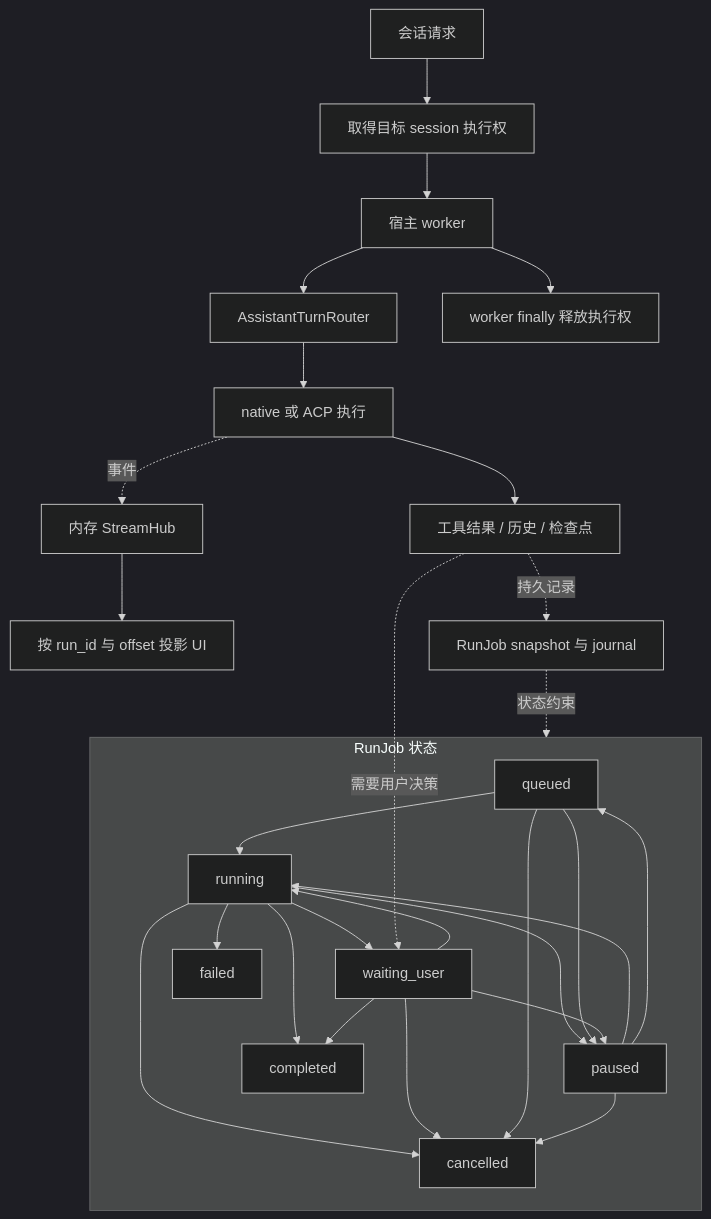
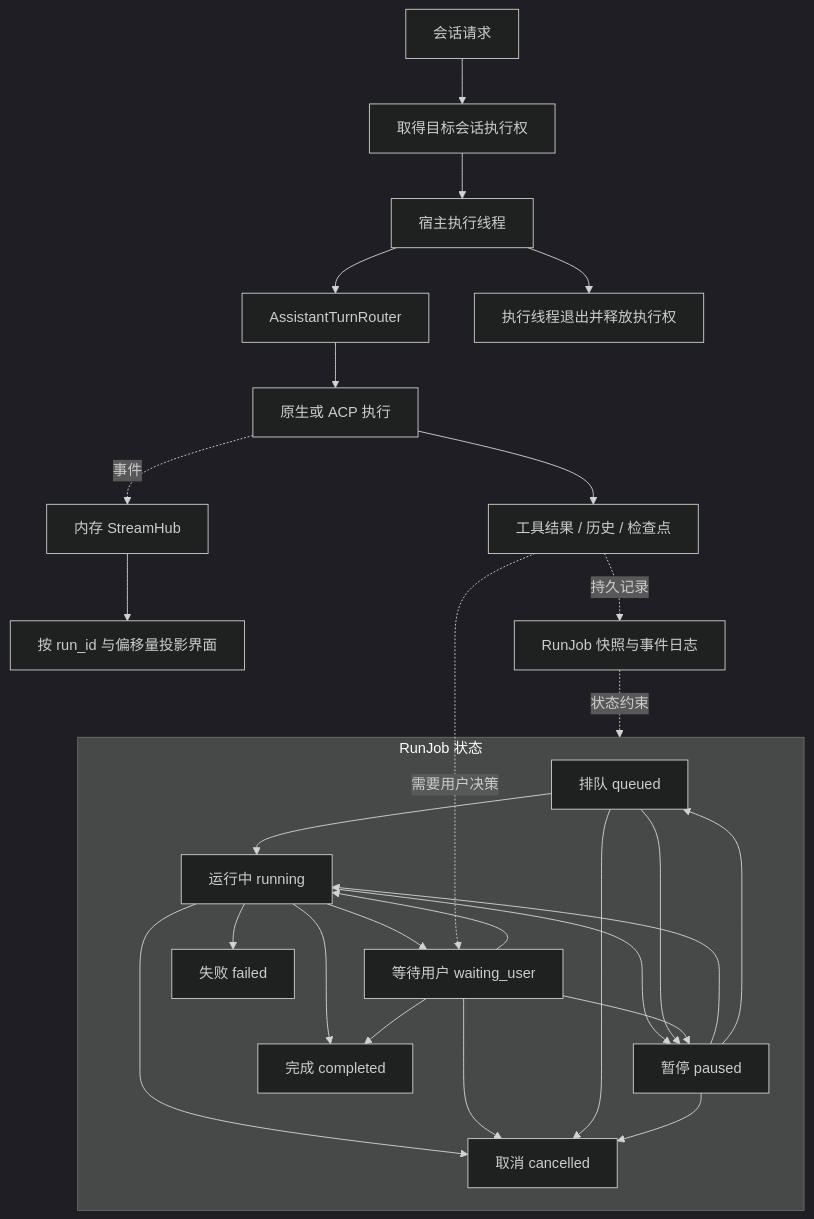
Before and after one commit to HG-ha/Argusai: the first of 2 diagrams in wiki/Architecture-and-Development.md, drawn with Mermaid (dark theme). The commit also changed other lines of this file and 19 other files, not shown here.

````diff
--- a/wiki/Architecture-and-Development.md
+++ b/wiki/Architecture-and-Development.md
@@ -45,31 +45,31 @@
 ```mermaid
 flowchart TB
-    INPUT[会话请求] --> LOCK[取得目标 session 执行权]
-    LOCK --> WORKER[宿主 worker]
+    INPUT[会话请求] --> LOCK[取得目标会话执行权]
+    LOCK --> WORKER[宿主执行线程]
     WORKER --> ROUTER[AssistantTurnRouter]
-    ROUTER --> TURN[native 或 ACP 执行]
+    ROUTER --> TURN[原生或 ACP 执行]
     TURN --> CHECK[工具结果 / 历史 / 检查点]
-    WORKER --> FINALLY[worker finally 释放执行权]
+    WORKER --> FINALLY[执行线程退出并释放执行权]
     TURN -.事件.-> HUB[内存 StreamHub]
-    HUB --> UI[按 run_id 与 offset 投影 UI]
-    CHECK -.持久记录.-> JOB[RunJob snapshot 与 journal]
+    HUB --> UI[按 run_id 与偏移量投影界面]
+    CHECK -.持久记录.-> JOB[RunJob 快照与事件日志]
     subgraph STATES[RunJob 状态]
-        Q[queued] --> R[running]
-        R --> W[waiting_user]
+        Q[排队 queued] --> R[运行中 running]
+        R --> W[等待用户 waiting_user]
         W --> R
-        R --> P[paused]
+        R --> P[暂停 paused]
         P --> R
         P --> Q
-        R --> D[completed]
-        R --> F[failed]
-        R --> C[cancelled]
+        R --> D[完成 completed]
+        R --> F[失败 failed]
+        R --> C[取消 cancelled]
         W --> D
         W --> C
         Q --> P
         Q --> C
         P --> C
         W --> P
     end
     JOB -.状态约束.-> STATES
     CHECK -.需要用户决策.-> W
 ```
````
